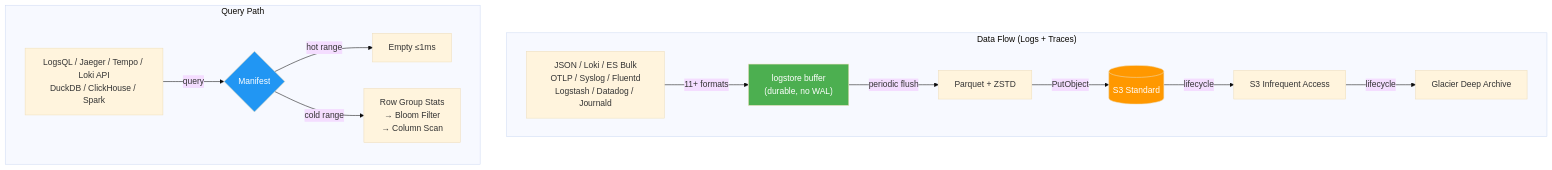
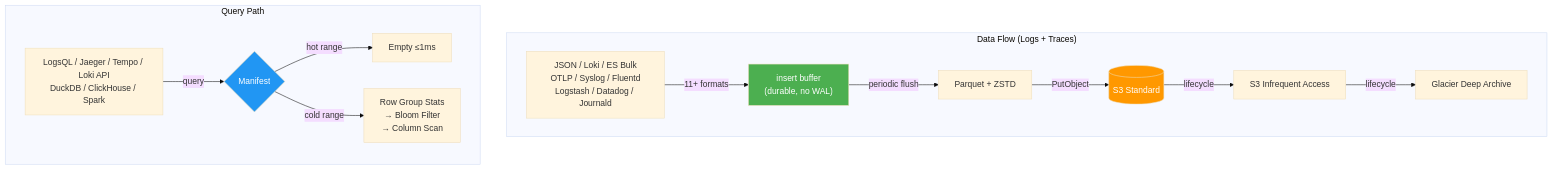
One commit to ReliablyObserve/victoria-lakehouse changed the second of 2 diagrams in docs/getting-started.md. Above: the diagram before and after it, drawn with Mermaid (base theme). The commit also changed other lines of this file and 34 other files, not shown here.

Commit message:
docs(durability): describe the segmented durable insert buffer and update the docs that referred to the staging engine, WAL cutover and read watermark

````diff
--- a/docs/getting-started.md
+++ b/docs/getting-started.md
@@ -37,20 +37,20 @@
 ```mermaid
 graph TD
     subgraph "Data Flow (Logs + Traces)"
-    I1["JSON / Loki / ES Bulk<br/>OTLP / Syslog / Fluentd<br/>Logstash / Datadog / Journald"] -->|"11+ formats"| W["logstore buffer<br/>(durable, no WAL)"]
+    I1["JSON / Loki / ES Bulk<br/>OTLP / Syslog / Fluentd<br/>Logstash / Datadog / Journald"] -->|"11+ formats"| W["insert buffer<br/>(durable, no WAL)"]
     W -->|periodic flush| P[Parquet + ZSTD]
     P -->|PutObject| S3[(S3 Standard)]
     S3 -->|lifecycle| IA[S3 Infrequent Access]
     IA -->|lifecycle| GL[Glacier Deep Archive]
     end
 
     subgraph "Query Path"
     Q["LogsQL / Jaeger / Tempo / Loki API<br/>DuckDB / ClickHouse / Spark"] -->|query| M{"Manifest"}
     M -->|hot range| SKIP["Empty ≤1ms"]
     M -->|cold range| SCAN["Row Group Stats<br/>→ Bloom Filter<br/>→ Column Scan"]
     end
 
     style W fill:#4CAF50,color:#fff
     style S3 fill:#FF9800,color:#fff
     style M fill:#2196F3,color:#fff
 ```
````
